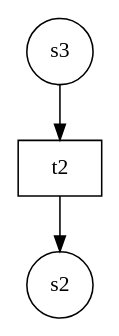
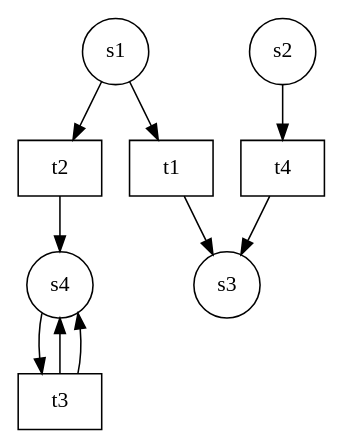
The diagram in Reduktionsalgorithmen/petri-netz.gv (dnannen/reduction-of-petri-nets), drawn with Graphviz before and after one commit. The commit also changed 3 other files, not shown here.

```diff
--- a/Reduktionsalgorithmen/petri-netz.gv
+++ b/Reduktionsalgorithmen/petri-netz.gv
@@ -1,8 +1,20 @@
 digraph petrinet{
 node[shape=circle];
+"s1";
 "s2";
 "s3";
+"s4";
+"t1" [shape=box];
 "t2" [shape=box];
-"s3"->"t2"
-"t2"->"s2"
+"t3" [shape=box];
+"t4" [shape=box];
+"s1"->"t1"
+"s1"->"t2"
+"s2"->"t4"
+"s4"->"t3"
+"t1"->"s3"
+"t2"->"s4"
+"t3"->"s4"
+"t3"->"s4"
+"t4"->"s3"
 }
```
